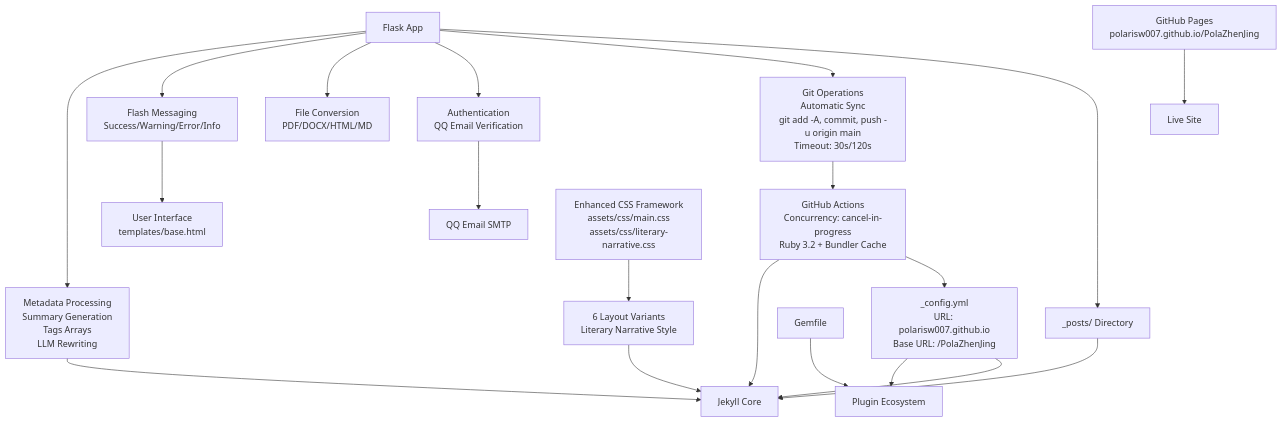
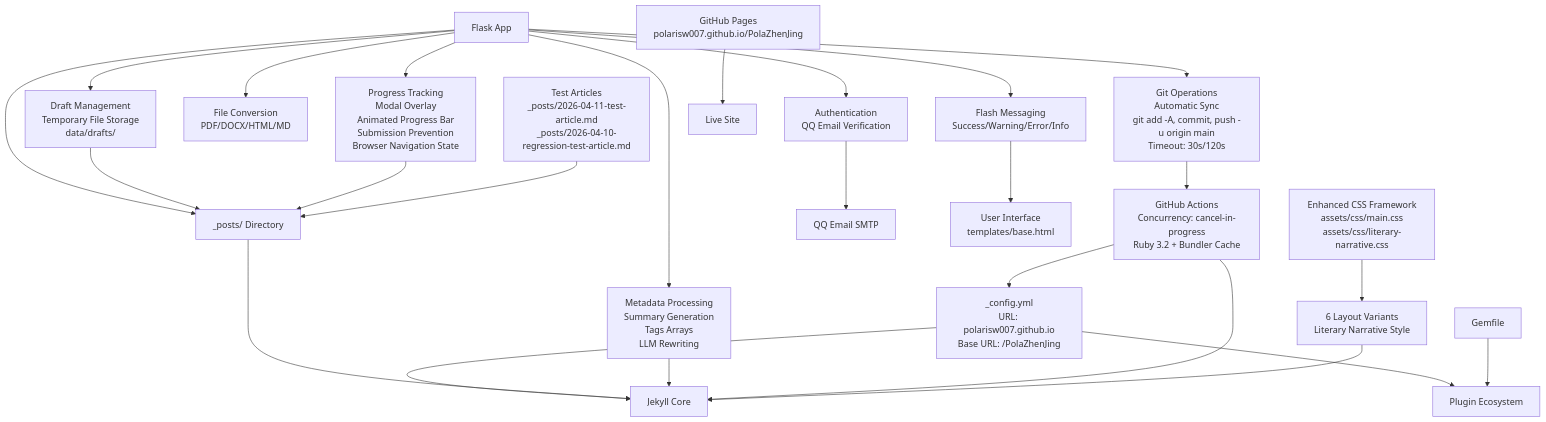
Before and after one commit to PolarisW007/PolaZhenJing: the fourth of 4 diagrams in .qoder/repowiki/en/content/Backend Application/Publishing Pipeline.md, drawn with Mermaid. The commit also changed other lines of this file and 4 other files, not shown here.

````diff
--- a/.qoder/repowiki/en/content/Backend Application/Publishing Pipeline.md
+++ b/.qoder/repowiki/en/content/Backend Application/Publishing Pipeline.md
@@ -435,22 +538,27 @@
 ```mermaid
 graph TB
 CFG["_config.yml<br/>URL: polarisw007.github.io<br/>Base URL: /PolaZhenJing"] --> JKY["Jekyll Core"]
 CFG --> PLG["Plugin Ecosystem"]
 FLSK["Flask App"] --> POSTS["_posts/ Directory"]
 FLSK --> GIT["Git Operations<br/>Automatic Sync<br/>git add -A, commit, push -u origin main<br/>Timeout: 30s/120s"]
 FLSK --> AUTH["Authentication<br/>QQ Email Verification"]
 FLSK --> CONV["File Conversion<br/>PDF/DOCX/HTML/MD"]
 FLSK --> FLASH["Flash Messaging<br/>Success/Warning/Error/Info"]
 FLSK --> META["Metadata Processing<br/>Summary Generation<br/>Tags Arrays<br/>LLM Rewriting"]
+FLSK --> DRAFT["Draft Management<br/>Temporary File Storage<br/>data/drafts/"]
+FLSK --> PROGRESS["Progress Tracking<br/>Modal Overlay<br/>Animated Progress Bar<br/>Submission Prevention<br/>Browser Navigation State"]
 POSTS --> JKY
 META --> JKY
+DRAFT --> POSTS
+PROGRESS --> POSTS
 GIT --> ACT["GitHub Actions<br/>Concurrency: cancel-in-progress<br/>Ruby 3.2 + Bundler Cache"]
 ACT --> CFG
 ACT --> JKY
 GEM["Gemfile"] --> PLG
 AUTH --> MAIL["QQ Email SMTP"]
 FLASH --> UI["User Interface<br/>templates/base.html"]
 PAGES["GitHub Pages<br/>polarisw007.github.io/PolaZhenJing"] --> LIVE["Live Site"]
 LAYOUTS["6 Layout Variants<br/>Literary Narrative Style"] --> JKY
 CSS["Enhanced CSS Framework<br/>assets/css/main.css<br/>assets/css/literary-narrative.css"] --> LAYOUTS
+TEST["Test Articles<br/>_posts/2026-04-11-test-article.md<br/>_posts/2026-04-10-regression-test-article.md"] --> POSTS
 ```
````
